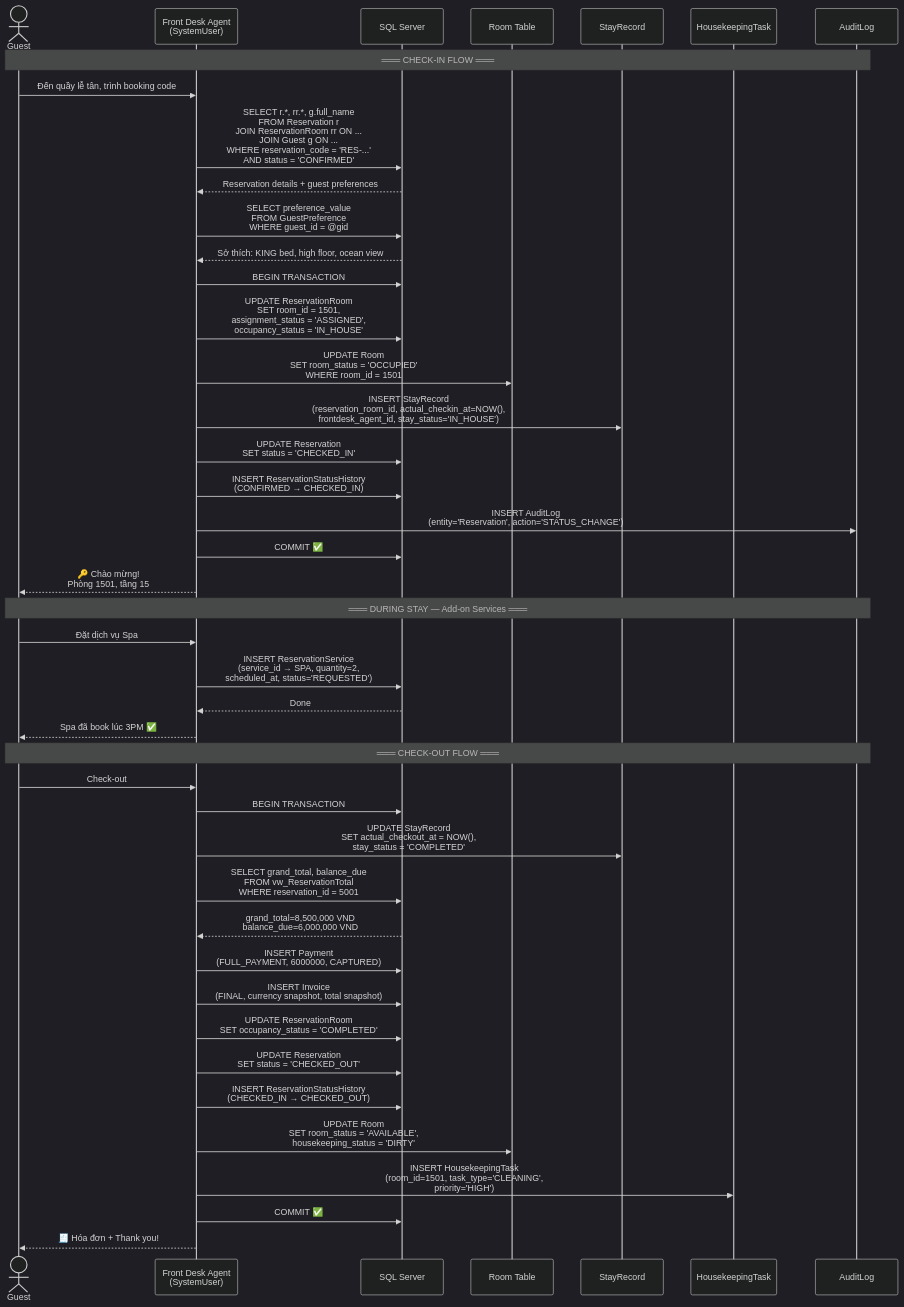
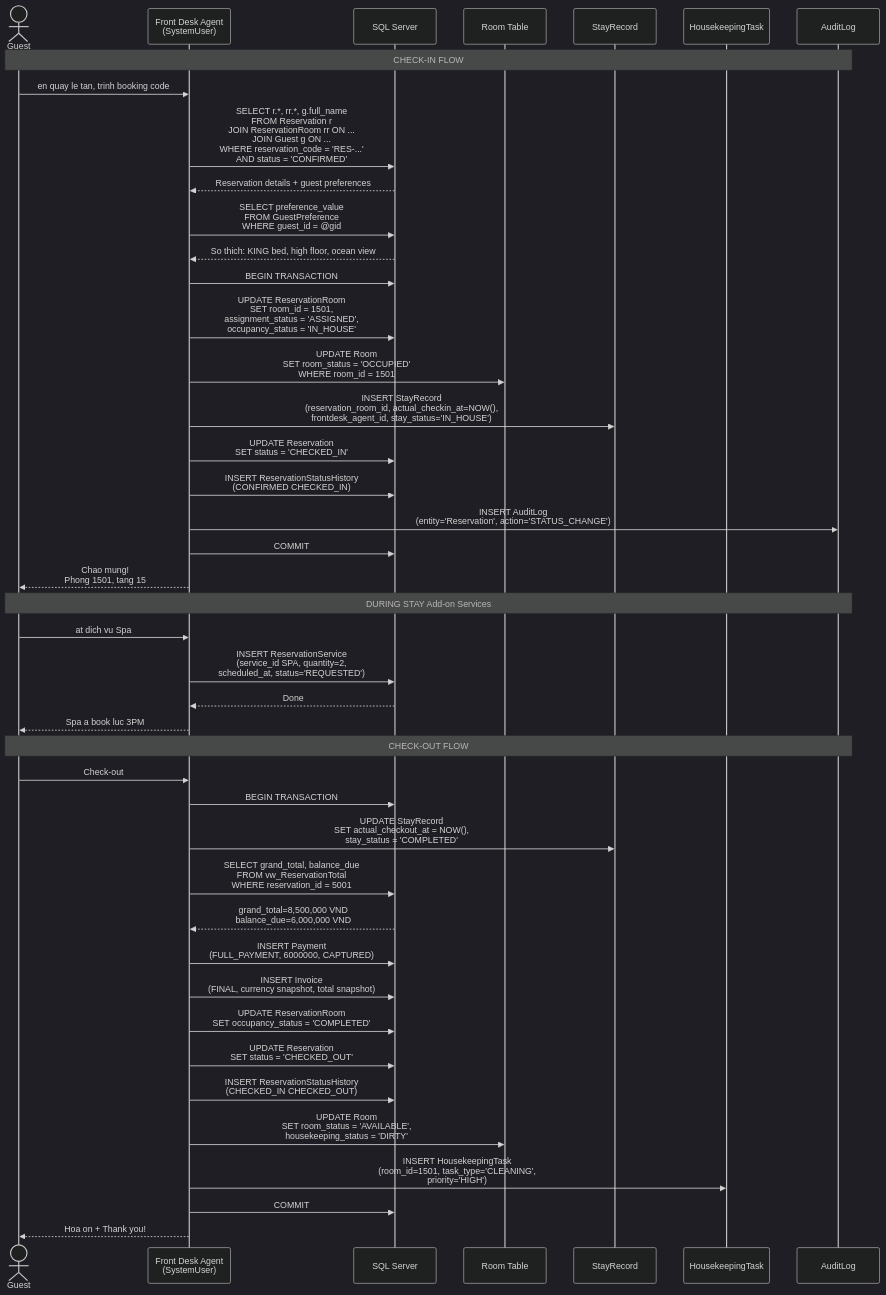
One commit to DinhQuocCuong28664/Advance_Database_Final_Project changed the second of 4 diagrams in docs/LuxeReserve_SequenceDiagrams.md. Above: the diagram before and after it, drawn with Mermaid (dark theme). The commit also changed other lines of this file and 111 other files, not shown here.

Commit message:
feat: refresh demo flows and normalize repo text

````diff
--- a/docs/LuxeReserve_SequenceDiagrams.md
+++ b/docs/LuxeReserve_SequenceDiagrams.md
@@ -91,71 +91,71 @@
 ```mermaid
 sequenceDiagram
     actor Guest
     participant FD as Front Desk Agent<br/>(SystemUser)
     participant SQL as SQL Server
     participant Room as Room Table
     participant Stay as StayRecord
     participant HK as HousekeepingTask
     participant Audit as AuditLog
 
-    Note over Guest, Audit: ═══ CHECK-IN FLOW ═══
+    Note over Guest, Audit:  CHECK-IN FLOW 
 
-    Guest->>FD: Đến quầy lễ tân, trình booking code
+    Guest->>FD: en quay le tan, trinh booking code
 
     FD->>SQL: SELECT r.*, rr.*, g.full_name<br/>FROM Reservation r<br/>JOIN ReservationRoom rr ON ...<br/>JOIN Guest g ON ...<br/>WHERE reservation_code = 'RES-...'<br/>AND status = 'CONFIRMED'
     SQL-->>FD: Reservation details + guest preferences
 
     FD->>SQL: SELECT preference_value<br/>FROM GuestPreference<br/>WHERE guest_id = @gid
-    SQL-->>FD: Sở thích: KING bed, high floor, ocean view
+    SQL-->>FD: So thich: KING bed, high floor, ocean view
 
     FD->>SQL: BEGIN TRANSACTION
 
     FD->>SQL: UPDATE ReservationRoom<br/>SET room_id = 1501,<br/>assignment_status = 'ASSIGNED',<br/>occupancy_status = 'IN_HOUSE'
 
     FD->>Room: UPDATE Room<br/>SET room_status = 'OCCUPIED'<br/>WHERE room_id = 1501
 
     FD->>Stay: INSERT StayRecord<br/>(reservation_room_id, actual_checkin_at=NOW(),<br/>frontdesk_agent_id, stay_status='IN_HOUSE')
 
     FD->>SQL: UPDATE Reservation<br/>SET status = 'CHECKED_IN'
-    FD->>SQL: INSERT ReservationStatusHistory<br/>(CONFIRMED → CHECKED_IN)
+    FD->>SQL: INSERT ReservationStatusHistory<br/>(CONFIRMED  CHECKED_IN)
 
     FD->>Audit: INSERT AuditLog<br/>(entity='Reservation', action='STATUS_CHANGE')
 
-    FD->>SQL: COMMIT ✅
+    FD->>SQL: COMMIT 
 
-    FD-->>Guest: 🔑 Chào mừng!<br/>Phòng 1501, tầng 15
+    FD-->>Guest:  Chao mung!<br/>Phong 1501, tang 15
 
-    Note over Guest, Audit: ═══ DURING STAY — Add-on Services ═══
+    Note over Guest, Audit:  DURING STAY  Add-on Services 
 
-    Guest->>FD: Đặt dịch vụ Spa
-    FD->>SQL: INSERT ReservationService<br/>(service_id → SPA, quantity=2,<br/>scheduled_at, status='REQUESTED')
+    Guest->>FD: at dich vu Spa
+    FD->>SQL: INSERT ReservationService<br/>(service_id  SPA, quantity=2,<br/>scheduled_at, status='REQUESTED')
     SQL-->>FD: Done
-    FD-->>Guest: Spa đã book lúc 3PM ✅
+    FD-->>Guest: Spa a book luc 3PM 
 
-    Note over Guest, Audit: ═══ CHECK-OUT FLOW ═══
+    Note over Guest, Audit:  CHECK-OUT FLOW 
 
     Guest->>FD: Check-out
 
     FD->>SQL: BEGIN TRANSACTION
 
     FD->>Stay: UPDATE StayRecord<br/>SET actual_checkout_at = NOW(),<br/>stay_status = 'COMPLETED'
 
     FD->>SQL: SELECT grand_total, balance_due<br/>FROM vw_ReservationTotal<br/>WHERE reservation_id = 5001
     SQL-->>FD: grand_total=8,500,000 VND<br/>balance_due=6,000,000 VND
 
     FD->>SQL: INSERT Payment<br/>(FULL_PAYMENT, 6000000, CAPTURED)
 
     FD->>SQL: INSERT Invoice<br/>(FINAL, currency snapshot, total snapshot)
 
     FD->>SQL: UPDATE ReservationRoom<br/>SET occupancy_status = 'COMPLETED'
     FD->>SQL: UPDATE Reservation<br/>SET status = 'CHECKED_OUT'
-    FD->>SQL: INSERT ReservationStatusHistory<br/>(CHECKED_IN → CHECKED_OUT)
+    FD->>SQL: INSERT ReservationStatusHistory<br/>(CHECKED_IN  CHECKED_OUT)
 
     FD->>Room: UPDATE Room<br/>SET room_status = 'AVAILABLE',<br/>housekeeping_status = 'DIRTY'
 
     FD->>HK: INSERT HousekeepingTask<br/>(room_id=1501, task_type='CLEANING',<br/>priority='HIGH')
 
-    FD->>SQL: COMMIT ✅
+    FD->>SQL: COMMIT 
 
-    FD-->>Guest: 🧾 Hóa đơn + Thank you!
+    FD-->>Guest:  Hoa on + Thank you!
 ```
````
